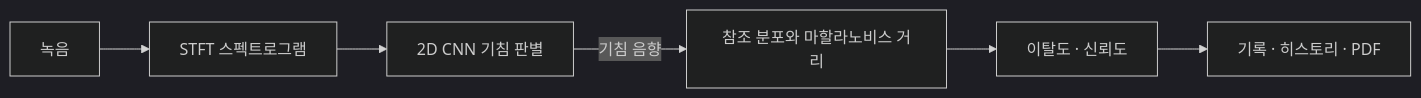
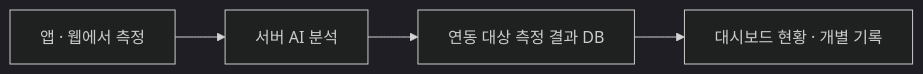
The diagram in README.md (ShinCssyou/anima), drawn with Mermaid (dark theme) before and after one commit. The commit also changed other lines of this file and 1 other file, not shown here.

````diff
--- a/README.md
+++ b/README.md
@@ -48,8 +43,6 @@
 ```mermaid
 flowchart LR
-    A[녹음] --> B[STFT 스펙트로그램]
-    B --> C[2D CNN 기침 판별]
-    C -->|기침 음향| D[참조 분포와 마할라노비스 거리]
-    D --> E[이탈도 · 신뢰도]
-    E --> F[기록 · 히스토리 · PDF]
+    A[앱 · 웹에서 측정] --> B[서버 AI 분석]
+    B --> C[연동 대상 측정 결과 DB]
+    C --> D[대시보드 현황 · 개별 기록]
 ```
````
